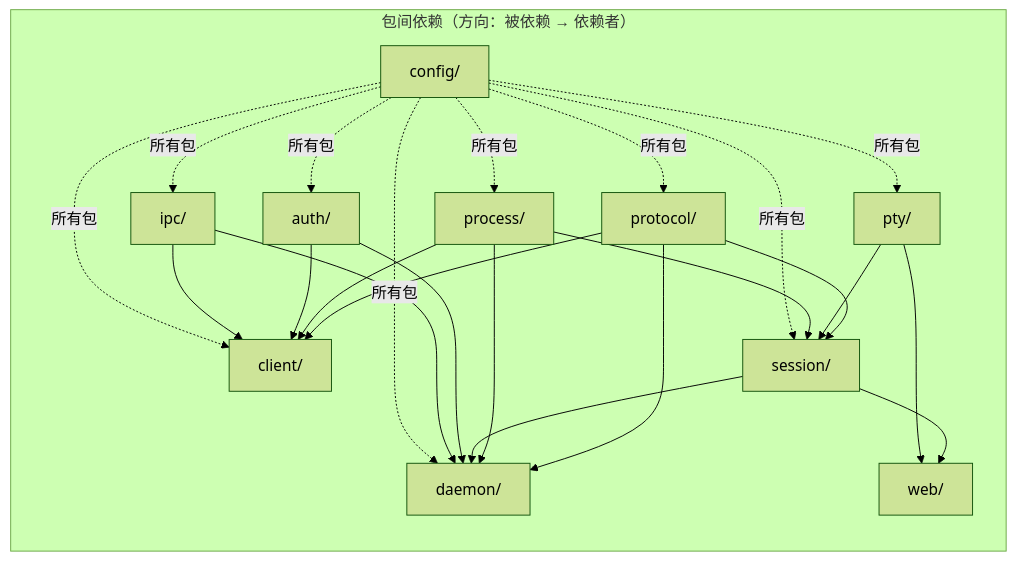
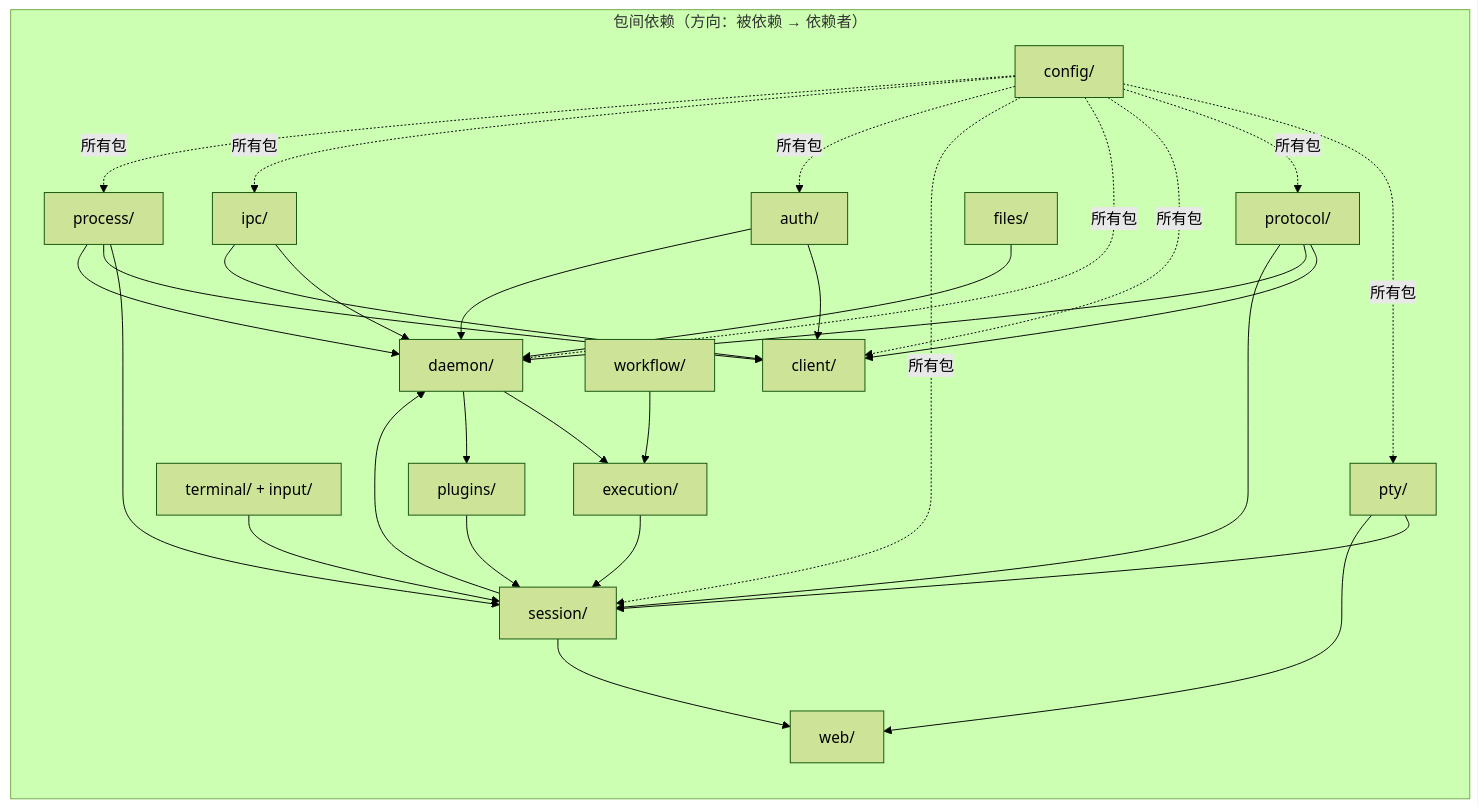
The second of 2 diagrams in docs/ARCHITECTURE.md (ming-14/PTY-Agent), drawn with Mermaid (forest theme) before and after one commit. The commit also changed other lines of this file and 929 other files, not shown here.

````diff
--- a/docs/ARCHITECTURE.md
+++ b/docs/ARCHITECTURE.md
@@ -1004,27 +604,34 @@
 ```mermaid
 graph LR
     subgraph "包间依赖（方向：被依赖 → 依赖者）"
         PROTO["protocol/"] --> CLIENT["client/"]
         PROTO --> DAEMON["daemon/"]
         PROTO --> SESSION["session/"]
         PTY["pty/"] --> SESSION
         PROC["process/"] --> SESSION
         PROC --> CLIENT
         PROC --> DAEMON
         SESSION --> DAEMON
         AUTH["auth/"] --> CLIENT
         AUTH --> DAEMON
         IPC["ipc/"] --> DAEMON
         IPC --> CLIENT
         CONFIG["config/"] -.->|所有包| PTY
         CONFIG -.->|所有包| PROTO
         CONFIG -.->|所有包| CLIENT
         CONFIG -.->|所有包| DAEMON
         CONFIG -.->|所有包| SESSION
         CONFIG -.->|所有包| AUTH
         CONFIG -.->|所有包| IPC
         CONFIG -.->|所有包| PROC
         SESSION --> WEB["web/"]
         PTY --> WEB
+        TERM["terminal/ + input/"] --> SESSION
+        EXEC["execution/"] --> SESSION
+        DAEMON --> EXEC
+        WF["workflow/"] --> EXEC
+        PLUGINS["plugins/"] --> SESSION
+        DAEMON --> PLUGINS
+        FILES["files/"] --> DAEMON
     end
 ```
````
